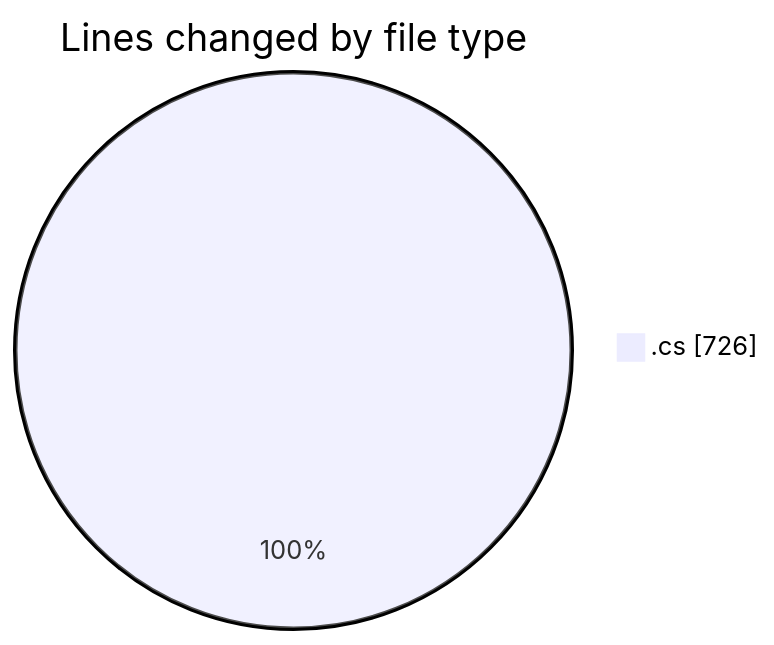
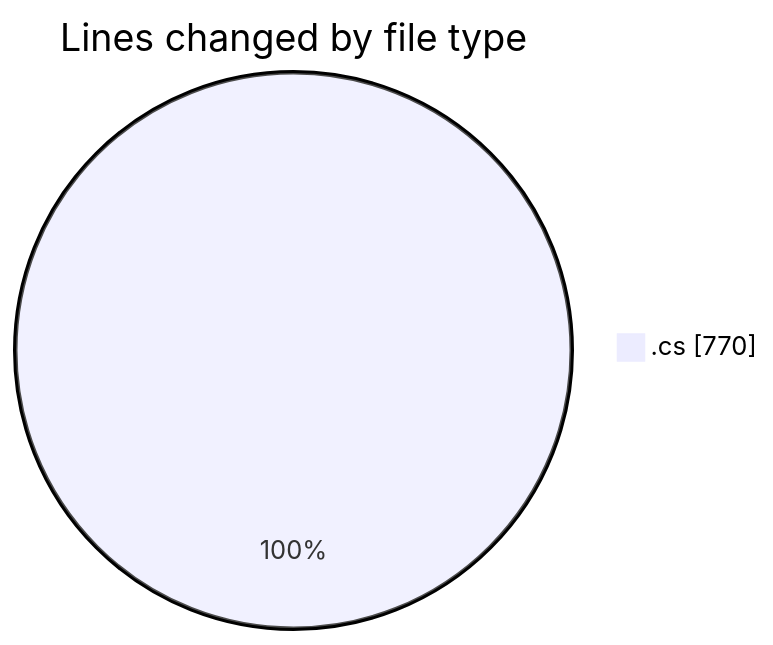
One commit to Netris89/code-tracking changed the first of 2 diagrams in 2025-03-21/back-end/README.md. Above: the diagram before and after it, drawn with Mermaid. The commit also changed other lines of this file and 1 other file, not shown here.

````diff
--- a/2025-03-21/back-end/README.md
+++ b/2025-03-21/back-end/README.md
@@ -23,5 +23,5 @@
 ```mermaid
 pie showData
 title Lines changed by file type
-".cs" : 726
+".cs" : 770
 ```
````
